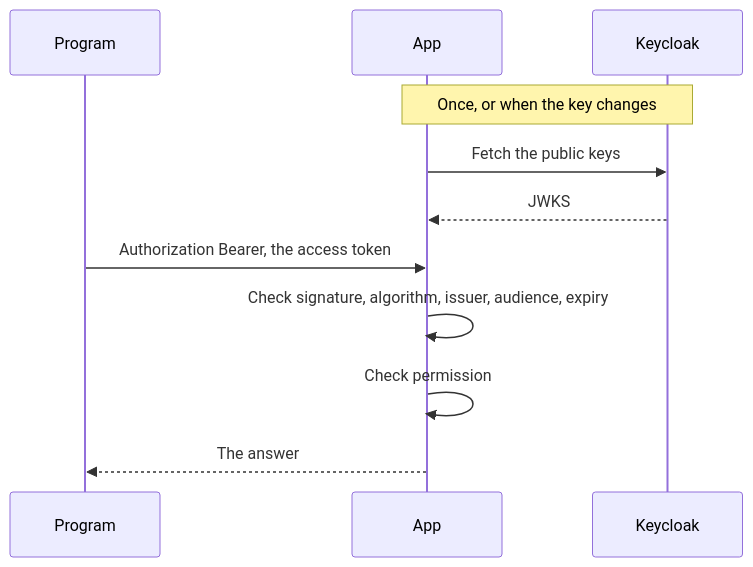
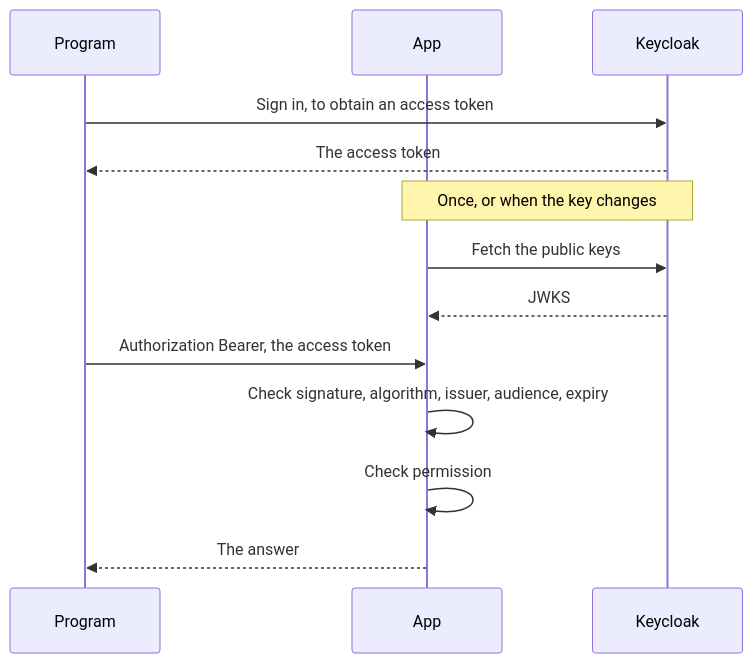
One commit to tgogos/CS_notes changed the sixth of 6 diagrams in auth/README.md. Above: the diagram before and after it, drawn with Mermaid. The commit also changed other lines of this file, not shown here.

Commit message:
Walk through the Keycloak login and the access token so each handoff says what is stored, sent, and checked.

````diff
--- a/auth/README.md
+++ b/auth/README.md
@@ -282,14 +312,16 @@
 ```mermaid
 sequenceDiagram
   participant Program
   participant App
   participant Keycloak
 
+  Program->>Keycloak: Sign in, to obtain an access token
+  Keycloak-->>Program: The access token
   Note over App,Keycloak: Once, or when the key changes
   App->>Keycloak: Fetch the public keys
   Keycloak-->>App: JWKS
   Program->>App: Authorization Bearer, the access token
   App->>App: Check signature, algorithm, issuer, audience, expiry
   App->>App: Check permission
   App-->>Program: The answer
 ```
````
